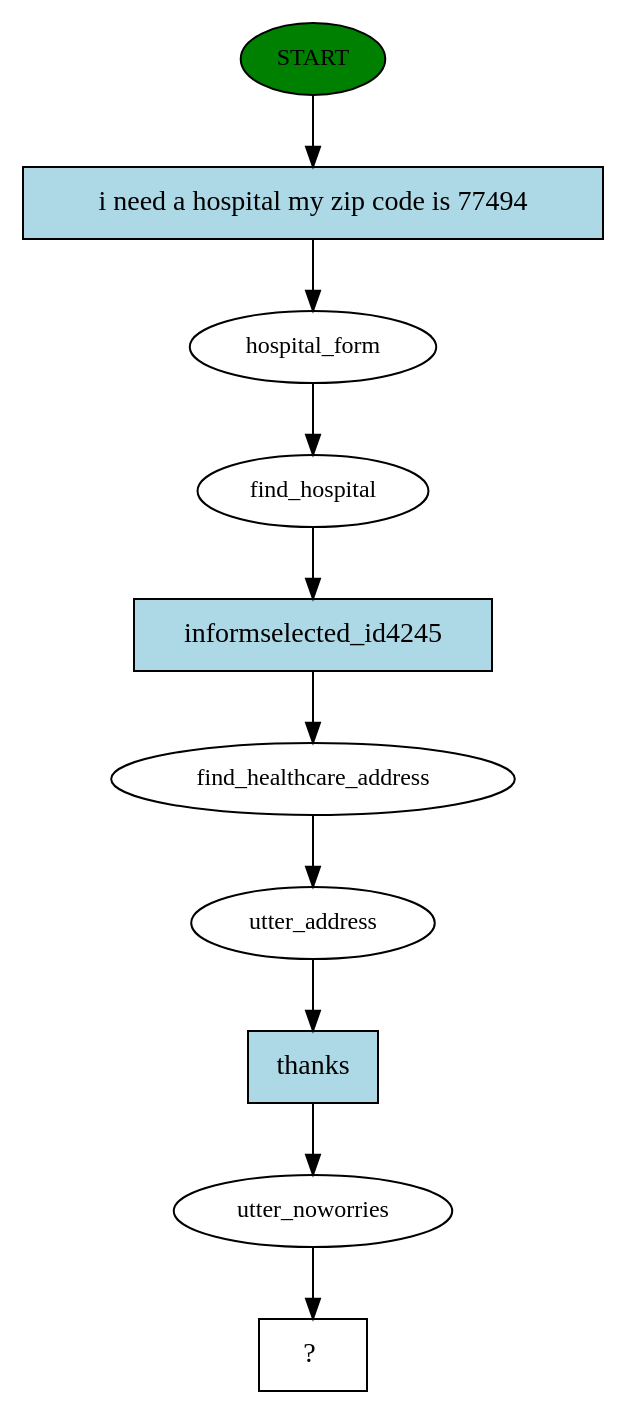
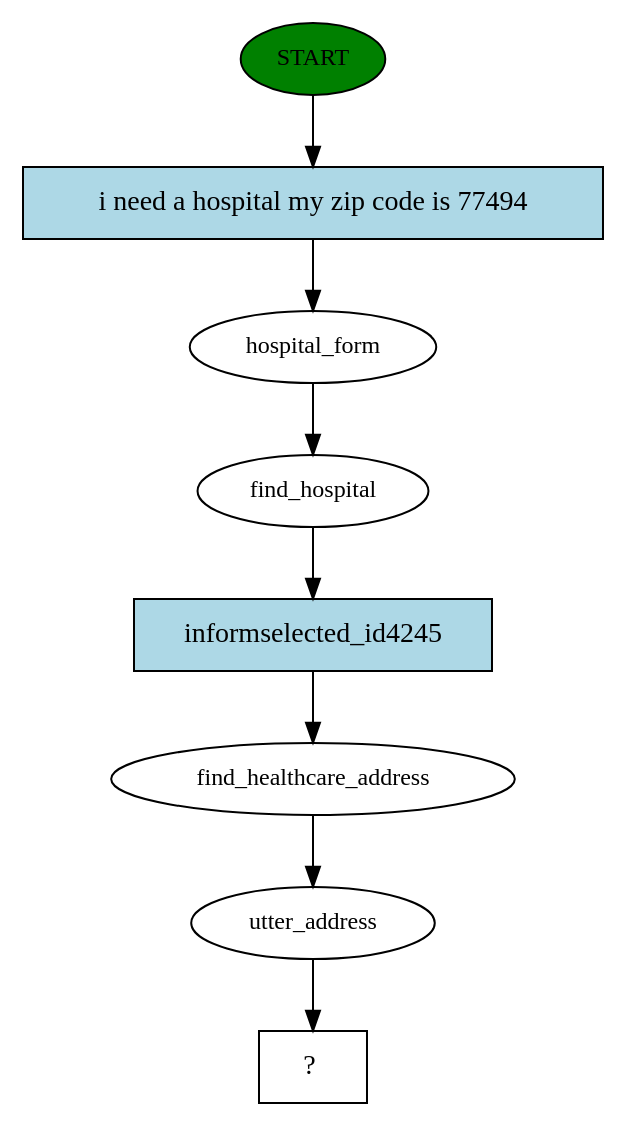
One commit to RasaHQ/medicare_locator changed the diagram in story_graph.dot. Above: the diagram before and after it, drawn with Graphviz. The commit also changed 33 other files, not shown here.

```diff
--- a/story_graph.dot
+++ b/story_graph.dot
@@ -1,21 +1,17 @@
 digraph  {
 0 [label=START, fillcolor=green, style=filled, fontsize=12, class="start active"];
 1 [label=hospital_form, fontsize=12, class=active];
 2 [label=find_hospital, fontsize=12, class=active];
 3 [label=find_healthcare_address, fontsize=12, class=active];
 4 [label=utter_address, fontsize=12, class=active];
-5 [label=utter_noworries, fontsize=12, class=active];
-6 [label="  ?  ", shape=rect, class="intent dashed active"];
-7 [label="i need a hospital my zip code is 77494", shape=rect, style=filled, fillcolor=lightblue, class="intent active"];
-8 [label=informselected_id4245, shape=rect, style=filled, fillcolor=lightblue, class="intent active"];
-9 [label=thanks, shape=rect, style=filled, fillcolor=lightblue, class="intent active"];
-0 -> 7  [key=0, class=active];
+5 [label="  ?  ", shape=rect, class="intent dashed active"];
+6 [label="i need a hospital my zip code is 77494", shape=rect, style=filled, fillcolor=lightblue, class="intent active"];
+7 [label=informselected_id4245, shape=rect, style=filled, fillcolor=lightblue, class="intent active"];
+0 -> 6  [key=0, class=active];
 1 -> 2  [key=NONE, label="", class=active];
-2 -> 8  [key=0, class=active];
+2 -> 7  [key=0, class=active];
 3 -> 4  [key=NONE, label="", class=active];
-4 -> 9  [key=0, class=active];
-5 -> 6  [key=NONE, label="", class=active];
-7 -> 1  [key=0, class=active];
-8 -> 3  [key=0, class=active];
-9 -> 5  [key=0, class=active];
+4 -> 5  [key=NONE, label="", class=active];
+6 -> 1  [key=0, class=active];
+7 -> 3  [key=0, class=active];
 }
```
